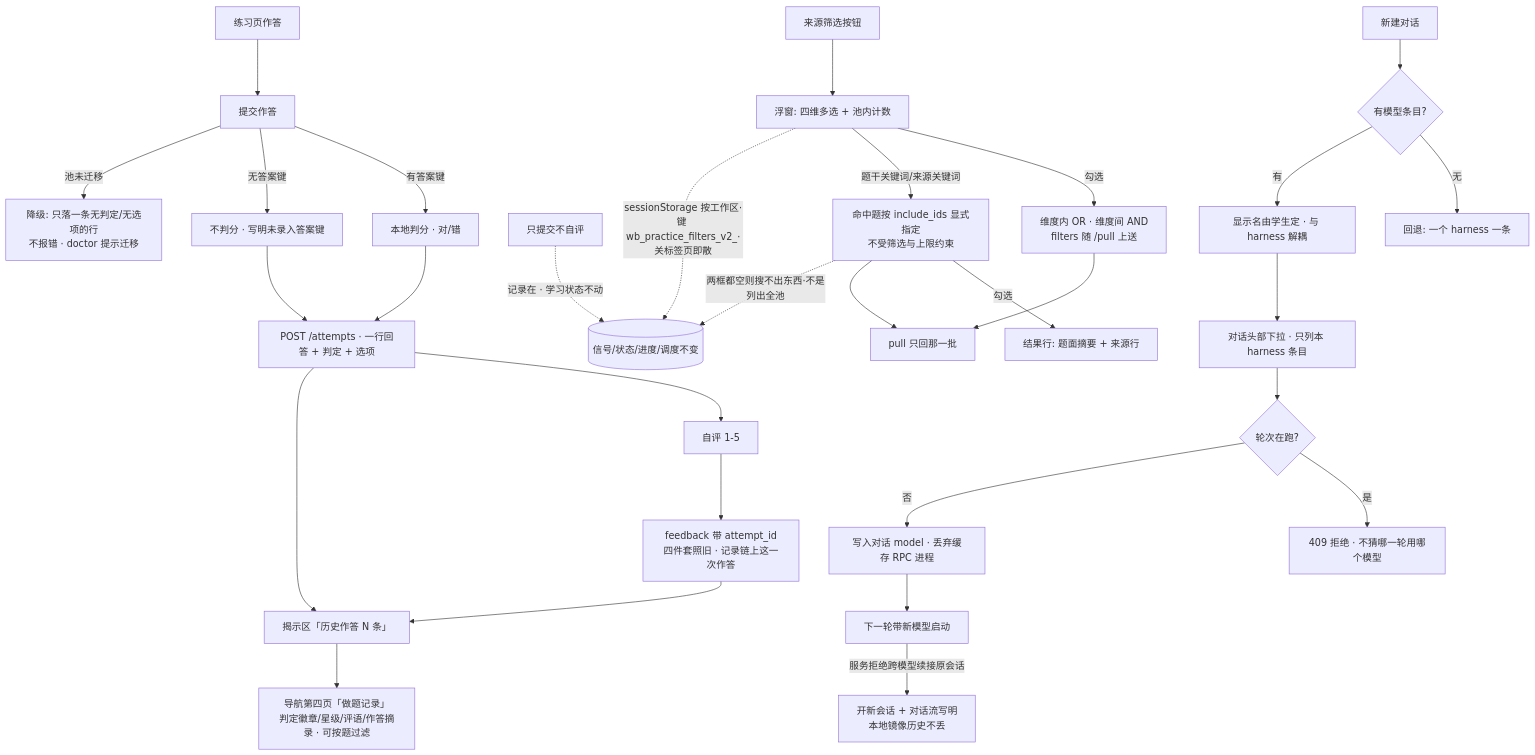
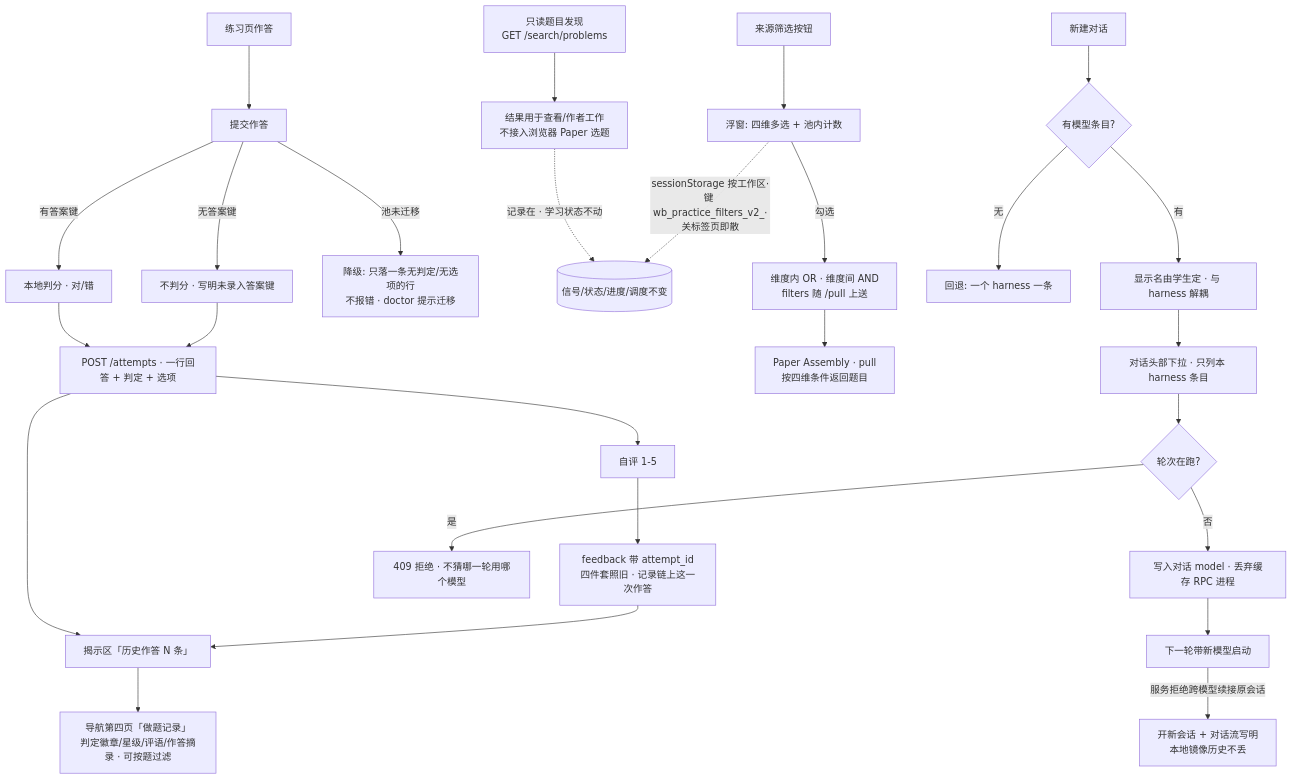
One commit to Amazinnn/Lesson-Kit changed the seventh of 10 diagrams in docs/action-graph/L4-workflows.md. Above: the diagram before and after it, drawn with Mermaid. The commit also changed other lines of this file and 5 other files, not shown here.

````diff
--- a/docs/action-graph/L4-workflows.md
+++ b/docs/action-graph/L4-workflows.md
@@ -168,32 +172,30 @@
 ```mermaid
 flowchart TD
   A[练习页作答] --> B[提交作答]
   B -- 有答案键 --> C[本地判分 · 对/错]
   B -- 无答案键 --> C1[不判分 · 写明未录入答案键]
   B -- 池未迁移 --> C2[降级: 只落一条无判定/无选项的行<br/>不报错 · doctor 提示迁移]
   C & C1 --> D[POST /attempts · 一行回答 + 判定 + 选项]
   D --> E[自评 1-5]
   E --> F[feedback 带 attempt_id<br/>四件套照旧 · 记录链上这一次作答]
   D --> G[揭示区「历史作答 N 条」]
   F --> G
   G --> H[导航第四页「做题记录」<br/>判定徽章/星级/评语/作答摘录 · 可按题过滤]
   X1[只提交不自评] -.记录在 · 学习状态不动.-> Z[(信号/状态/进度/调度不变)]
 
   P[来源筛选按钮] --> Q[浮窗: 四维多选 + 池内计数]
   Q -- 勾选 --> R[维度内 OR · 维度间 AND<br/>filters 随 /pull 上送]
-  Q -- 题干关键词/来源关键词 --> S[命中题按 include_ids 显式指定<br/>不受筛选与上限约束]
-  S -- 勾选 --> S1[结果行: 题面摘要 + 来源行]
-  R & S --> T[pull 只回那一批]
+  R --> T[Paper Assembly · pull<br/>按四维条件返回题目]
   Q -.sessionStorage 按工作区·键 wb_practice_filters_v2_<ws>·关标签页即散.-> Z
-  S -.两框都空则搜不出东西·不是列出全池.-> Z
+  X[只读题目发现<br/>GET /search/problems] --> X1[结果用于查看/作者工作<br/>不接入浏览器 Paper 选题]
 
   M1[新建对话] --> M2{有模型条目?}
   M2 -- 无 --> M3[回退: 一个 harness 一条]
   M2 -- 有 --> M4[显示名由学生定 · 与 harness 解耦]
   M4 --> M5[对话头部下拉 · 只列本 harness 条目]
   M5 --> M6{轮次在跑?}
   M6 -- 是 --> M7[409 拒绝 · 不猜哪一轮用哪个模型]
   M6 -- 否 --> M8[写入对话 model · 丢弃缓存 RPC 进程]
   M8 --> M9[下一轮带新模型启动]
   M9 -- 服务拒绝跨模型续接原会话 --> M10[开新会话 + 对话流写明<br/>本地镜像历史不丢]
 ```
````
